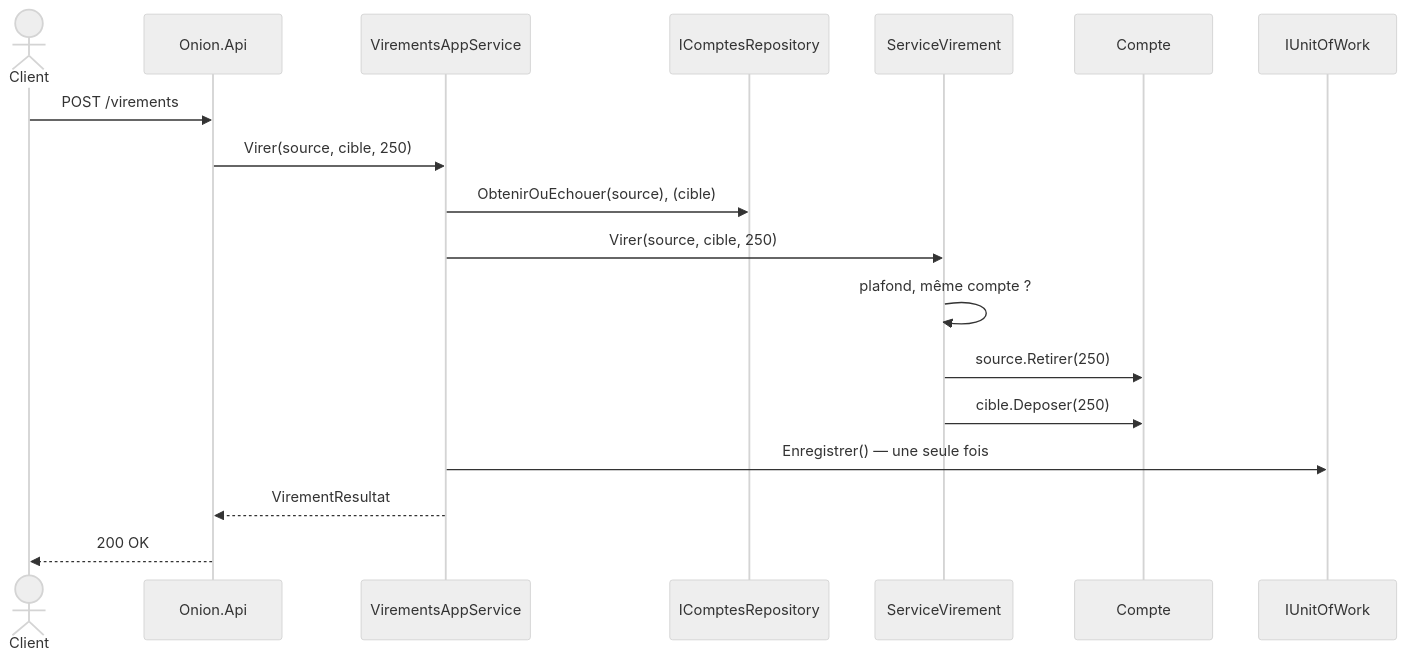
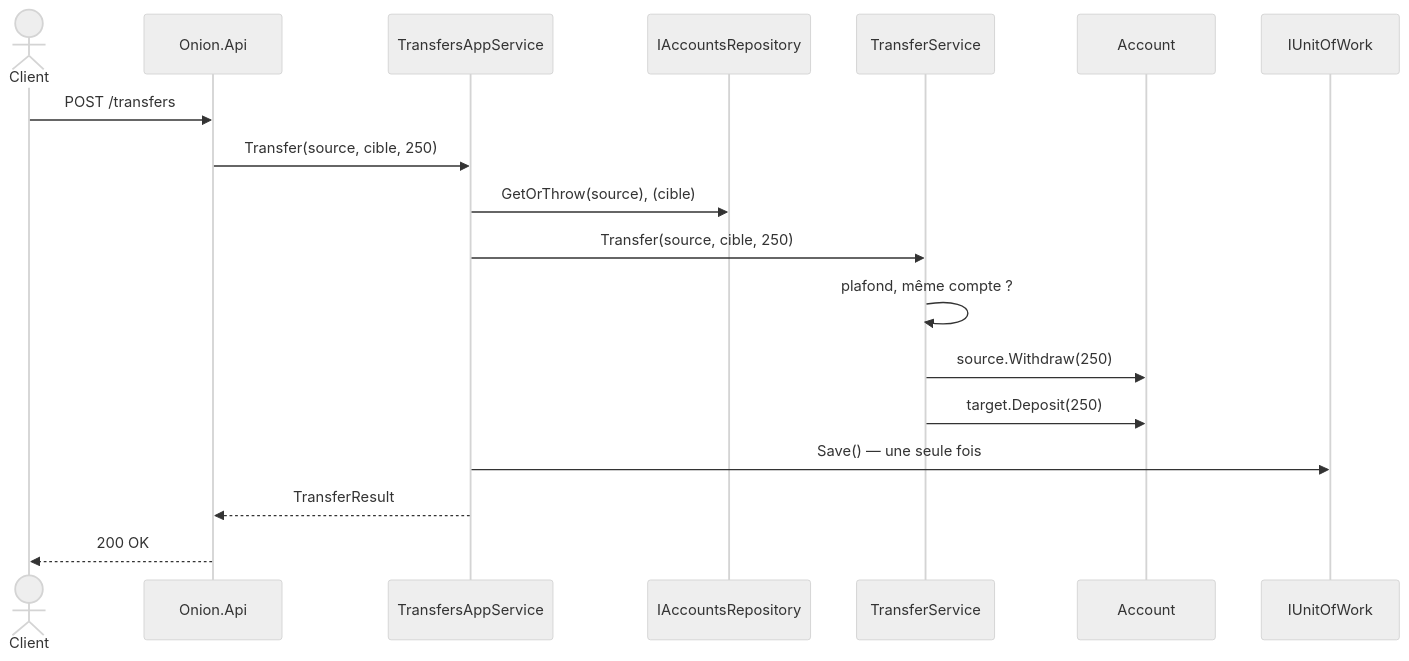
Before and after one commit to drangoht/ArchitecturesDemo: the third of 3 diagrams in Docs/02-onion.md, drawn with Mermaid (neutral theme). The commit also changed other lines of this file and 70 other files, not shown here.

Commit message:
Docs FR : identifiants, liens, diagrammes et sorties alignés sur le code anglais

````diff
--- a/Docs/02-onion.md
+++ b/Docs/02-onion.md
@@ -174,20 +174,20 @@
 ```mermaid
 sequenceDiagram
     actor Client
     participant API as Onion.Api
-    participant AS as VirementsAppService
-    participant R as IComptesRepository
-    participant SV as ServiceVirement
-    participant C as Compte
+    participant AS as TransfersAppService
+    participant R as IAccountsRepository
+    participant SV as TransferService
+    participant C as Account
     participant U as IUnitOfWork
-    Client->>API: POST /virements
-    API->>AS: Virer(source, cible, 250)
-    AS->>R: ObtenirOuEchouer(source), (cible)
-    AS->>SV: Virer(source, cible, 250)
+    Client->>API: POST /transfers
+    API->>AS: Transfer(source, cible, 250)
+    AS->>R: GetOrThrow(source), (cible)
+    AS->>SV: Transfer(source, cible, 250)
     SV->>SV: plafond, même compte ?
-    SV->>C: source.Retirer(250)
-    SV->>C: cible.Deposer(250)
-    AS->>U: Enregistrer() — une seule fois
-    AS-->>API: VirementResultat
+    SV->>C: source.Withdraw(250)
+    SV->>C: target.Deposit(250)
+    AS->>U: Save() — une seule fois
+    AS-->>API: TransferResult
     API-->>Client: 200 OK
 ```
````
